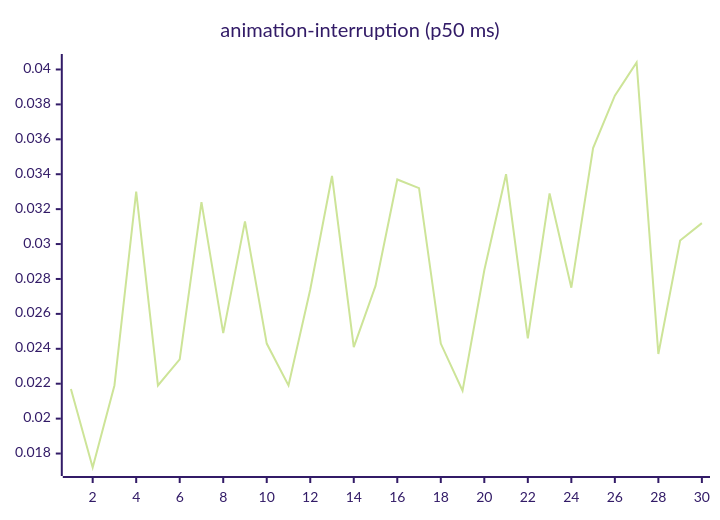
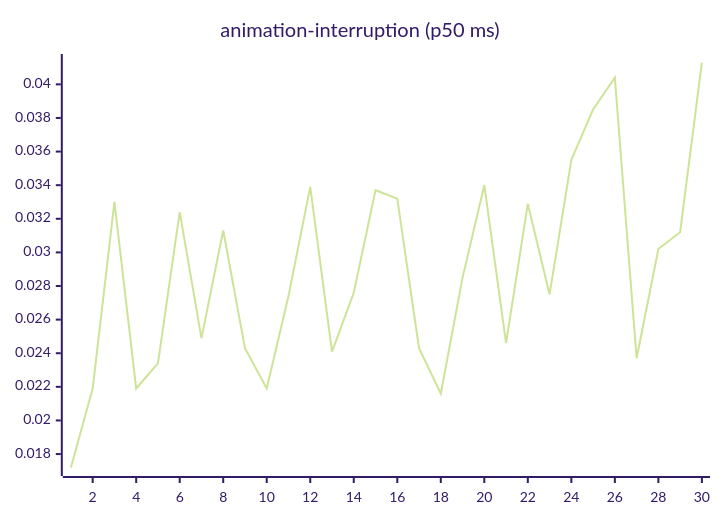
The third of 27 diagrams in README.md (josha/Facet), drawn with Mermaid (forest theme) before and after one commit. The commit also changed other lines of this file and 2 other files, not shown here.

````diff
--- a/README.md
+++ b/README.md
@@ -77,6 +77,6 @@
 ```mermaid
 xychart-beta
     title "animation-interruption (p50 ms)"
     x-axis 1 --> 30
-    line [0.0217, 0.0172, 0.0219, 0.0330, 0.0219, 0.0234, 0.0324, 0.0249, 0.0313, 0.0243, 0.0219, 0.0274, 0.0339, 0.0241, 0.0276, 0.0337, 0.0332, 0.0243, 0.0216, 0.0285, 0.0340, 0.0246, 0.0329, 0.0275, 0.0355, 0.0385, 0.0404, 0.0237, 0.0302, 0.0312]
+    line [0.0172, 0.0219, 0.0330, 0.0219, 0.0234, 0.0324, 0.0249, 0.0313, 0.0243, 0.0219, 0.0274, 0.0339, 0.0241, 0.0276, 0.0337, 0.0332, 0.0243, 0.0216, 0.0285, 0.0340, 0.0246, 0.0329, 0.0275, 0.0355, 0.0385, 0.0404, 0.0237, 0.0302, 0.0312, 0.0413]
 ```
````
